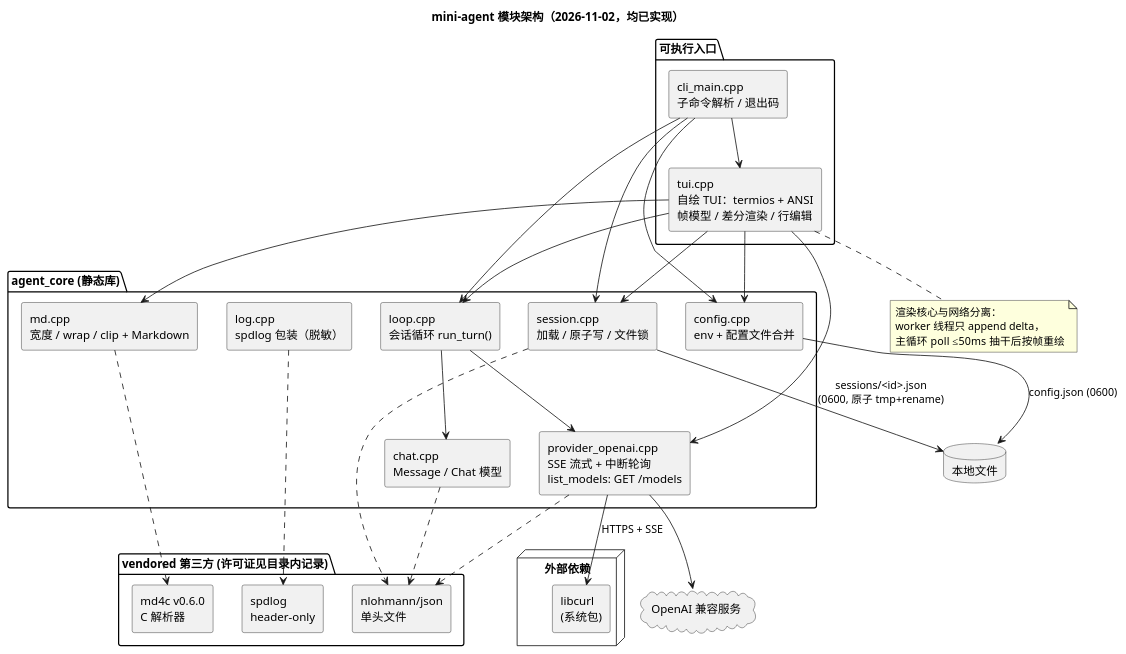
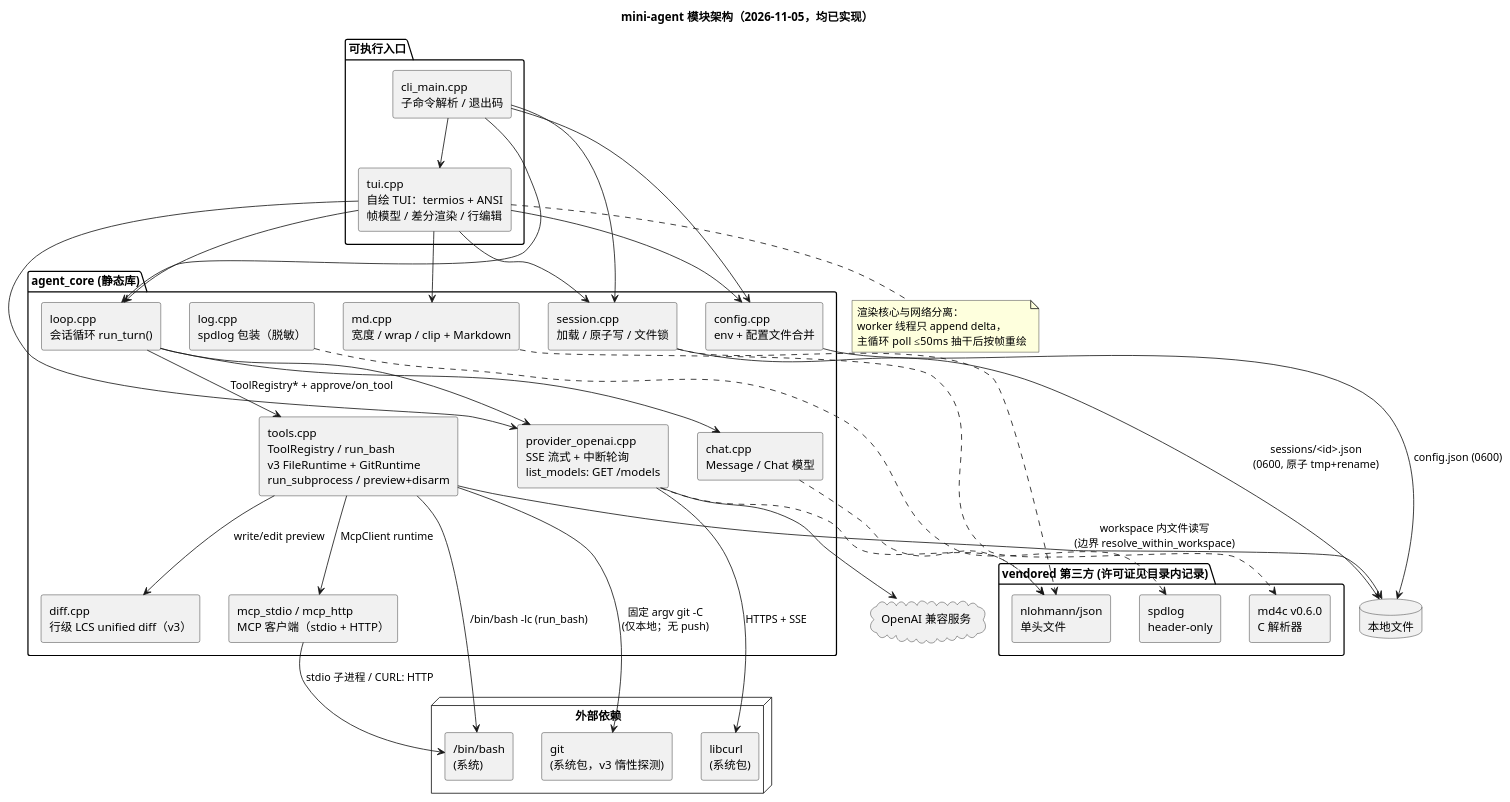
One commit to Lethe-cc/mini-agent changed the first of 2 diagrams in docs/architecture.md. Above: the diagram before and after it, drawn with PlantUML. The commit also changed other lines of this file and 23 other files, not shown here.

First line of the commit message:
feat(v3): coding capabilities - file tools, workspace, diff approval, git tools, system prompt

````diff
--- a/docs/architecture.md
+++ b/docs/architecture.md
@@ -18,57 +18,69 @@
 ```plantuml
 @startuml mini-agent-architecture
 skinparam componentStyle rectangle
-title mini-agent 模块架构（2026-11-02，均已实现）
+title mini-agent 模块架构（2026-11-05，均已实现）
 
 package "可执行入口" {
   [cli_main.cpp\n子命令解析 / 退出码] as CLI
   [tui.cpp\n自绘 TUI：termios + ANSI\n帧模型 / 差分渲染 / 行编辑] as TUI
 }
 
 package "agent_core (静态库)" {
   [loop.cpp\n会话循环 run_turn()] as LOOP
   [chat.cpp\nMessage / Chat 模型] as CHAT
   [session.cpp\n加载 / 原子写 / 文件锁] as SESSION
   [provider_openai.cpp\nSSE 流式 + 中断轮询\nlist_models: GET /models] as PROVIDER
   [config.cpp\nenv + 配置文件合并] as CONFIG
   [md.cpp\n宽度 / wrap / clip + Markdown] as MD
   [log.cpp\nspdlog 包装（脱敏）] as LOG
+  [tools.cpp\nToolRegistry / run_bash\nv3 FileRuntime + GitRuntime\nrun_subprocess / preview+disarm] as TOOLS
+  [diff.cpp\n行级 LCS unified diff（v3）] as DIFF
+  [mcp_stdio / mcp_http\nMCP 客户端（stdio + HTTP）] as MCP
 }
 
 package "vendored 第三方 (许可证见目录内记录)" {
   [nlohmann/json\n单头文件] as JSON
   [md4c v0.6.0\nC 解析器] as MD4C
   [spdlog\nheader-only] as SPDLOG
 }
 
 node "外部依赖" {
   [libcurl\n(系统包)] as CURL
+  [git\n(系统包，v3 惰性探测)] as GITCMD
+  [/bin/bash\n(系统)] as SHELL
 }
 
 cloud "OpenAI 兼容服务" as LLM
 database "本地文件" as FS
 
 CLI --> LOOP
 CLI --> SESSION
 CLI --> CONFIG
 CLI --> TUI
 TUI --> LOOP
 TUI --> PROVIDER
 TUI --> SESSION
 TUI --> MD
 TUI --> CONFIG
 LOOP --> CHAT
 LOOP --> PROVIDER
+LOOP --> TOOLS : ToolRegistry* + approve/on_tool
+TOOLS --> DIFF : write/edit preview
+TOOLS --> MCP : McpClient runtime
+TOOLS --> FS : workspace 内文件读写\n(边界 resolve_within_workspace)
+TOOLS --> GITCMD : 固定 argv git -C\n(仅本地；无 push)
+TOOLS --> SHELL : /bin/bash -lc (run_bash)
+MCP --> SHELL : stdio 子进程 / CURL: HTTP
 PROVIDER --> CURL : HTTPS + SSE
 PROVIDER ..> JSON
 CHAT ..> JSON
 SESSION ..> JSON
 SESSION --> FS : sessions/<id>.json\n(0600, 原子 tmp+rename)
 CONFIG --> FS : config.json (0600)
 MD ..> MD4C
 LOG ..> SPDLOG
 PROVIDER --> LLM
 
 note bottom of TUI : 渲染核心与网络分离：\nworker 线程只 append delta，\n主循环 poll ≤50ms 抽干后按帧重绘
 @enduml
 ```
````
